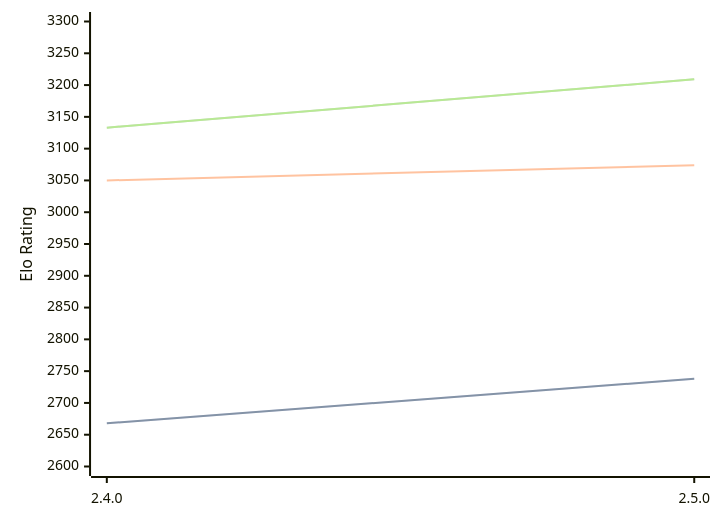
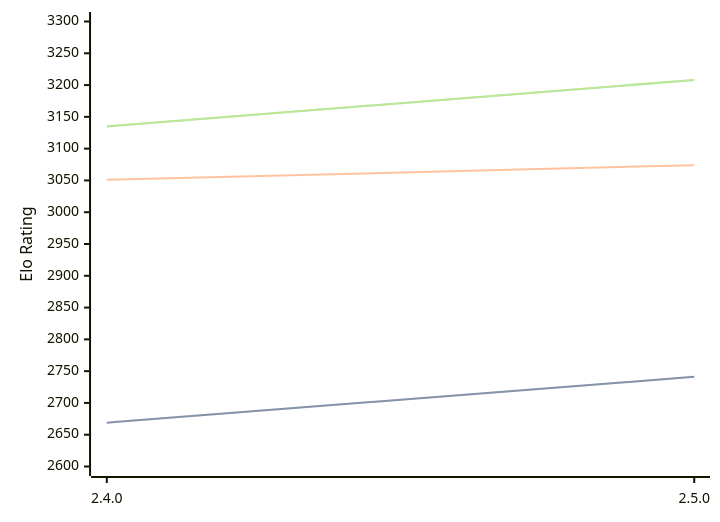
Before and after one commit to computer-chess-index/cci: the diagram in engines/Sturddle2.md, drawn with Mermaid. The commit also changed other lines of this file, not shown here.

Commit message:
Update CCI Ratings (ELO VLTC) - 2026-02-21

````diff
--- a/engines/Sturddle2.md
+++ b/engines/Sturddle2.md
@@ -34,11 +34,11 @@
 ```mermaid
 %%{init: {"theme":"base","themeVariables":{"seriesColors:['#a3a3a3','#222221','#faa371']}}}%%
 xychart-beta
   x-axis ["2.4.0", "2.5.0"]
   y-axis "Elo Rating" 2600 --> 3300
-  line "STC (8.0+0.08s)" [2668, 2738]
-  line "STC (8.0+0.08s)" [2668, 2738]
-  line "LTC (60.0+0.60s)" [3050, 3074]
-  line "VLTC (2m24s+1.12s)" [3133, 3209]
-  line "VLTC (2m24s+1.12s)" [3133, 3209]
+  line "STC (8.0+0.08s)" [2669, 2741]
+  line "STC (8.0+0.08s)" [2669, 2741]
+  line "LTC (60.0+0.60s)" [3051, 3074]
+  line "VLTC (2m24s+1.12s)" [3135, 3208]
+  line "VLTC (2m24s+1.12s)" [3135, 3208]
 ```
````
